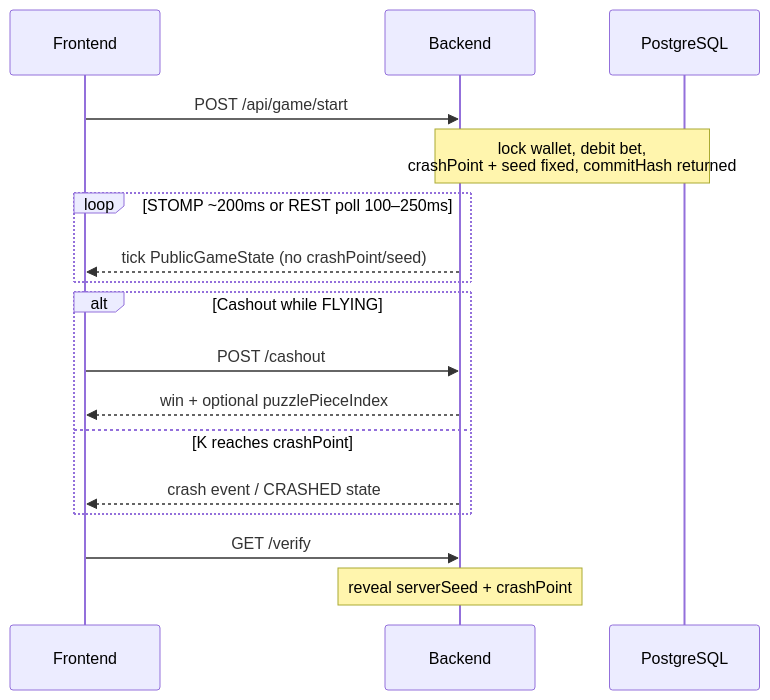
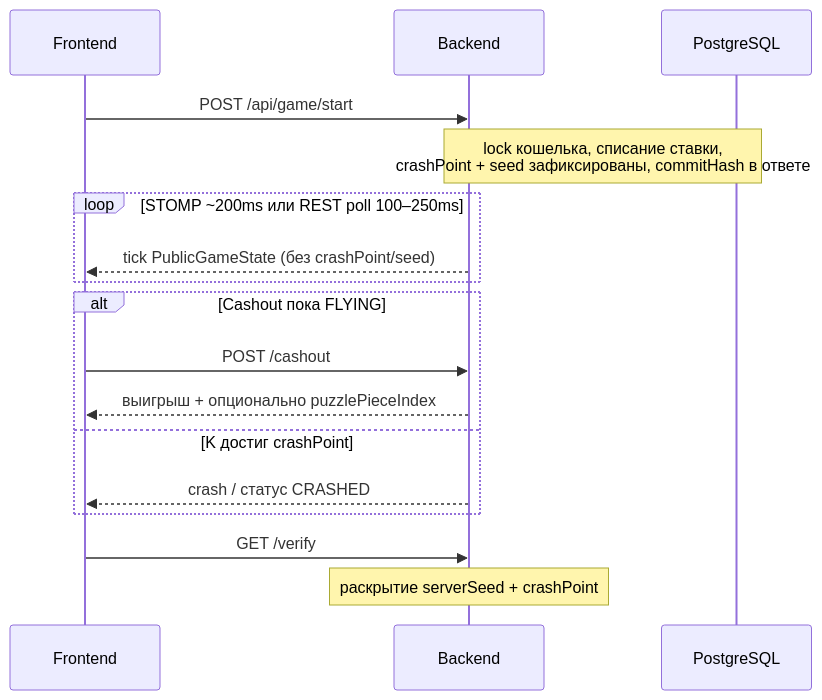
Before and after one commit to vasyunkin/stoloto_kazino: the second of 2 diagrams in README.md, drawn with Mermaid. The commit also changed other lines of this file, not shown here.

````diff
--- a/README.md
+++ b/README.md
@@ -160,20 +160,20 @@
 ```mermaid
 sequenceDiagram
   participant UI as Frontend
   participant API as Backend
   participant DB as PostgreSQL
 
   UI->>API: POST /api/game/start
-  Note over API,DB: lock wallet, debit bet,<br/>crashPoint + seed fixed, commitHash returned
-  loop STOMP ~200ms or REST poll 100–250ms
-    API-->>UI: tick PublicGameState (no crashPoint/seed)
+  Note over API,DB: lock кошелька, списание ставки,<br/>crashPoint + seed зафиксированы, commitHash в ответе
+  loop STOMP ~200ms или REST poll 100–250ms
+    API-->>UI: tick PublicGameState (без crashPoint/seed)
   end
-  alt Cashout while FLYING
+  alt Cashout пока FLYING
     UI->>API: POST /cashout
-    API-->>UI: win + optional puzzlePieceIndex
-  else K reaches crashPoint
-    API-->>UI: crash event / CRASHED state
+    API-->>UI: выигрыш + опционально puzzlePieceIndex
+  else K достиг crashPoint
+    API-->>UI: crash / статус CRASHED
   end
   UI->>API: GET /verify
-  Note over API: reveal serverSeed + crashPoint
+  Note over API: раскрытие serverSeed + crashPoint
 ```
````
